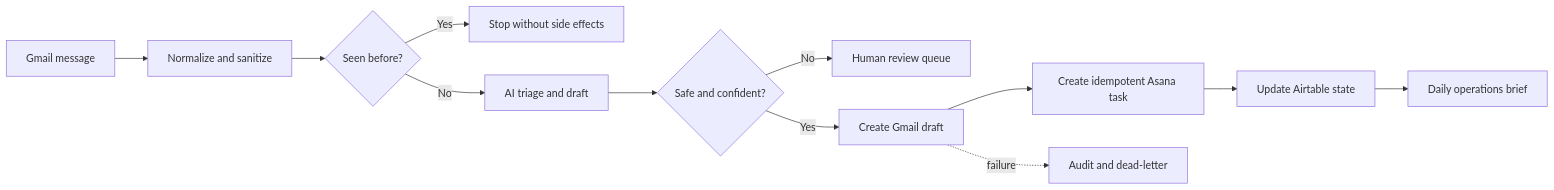
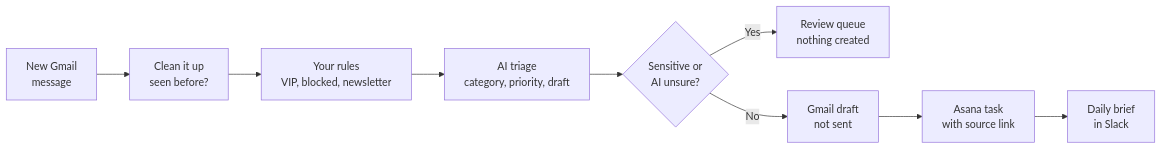
Before and after one commit to aahil62/n8n-inbox: the diagram in README.md, drawn with Mermaid. The commit also changed other lines of this file and 11 other files, not shown here.

````diff
--- a/README.md
+++ b/README.md
@@ -23,14 +24,11 @@
 ```mermaid
 flowchart LR
-    A["Gmail message"] --> B["Normalize and sanitize"]
-    B --> C{"Seen before?"}
-    C -->|Yes| D["Stop without side effects"]
-    C -->|No| E["AI triage and draft"]
-    E --> F{"Safe and confident?"}
-    F -->|No| G["Human review queue"]
-    F -->|Yes| H["Create Gmail draft"]
-    H --> I["Create idempotent Asana task"]
-    I --> J["Update Airtable state"]
-    J --> K["Daily operations brief"]
-    H -. failure .-> L["Audit and dead-letter"]
+    A["New Gmail<br/>message"] --> B["Clean it up<br/>seen before?"]
+    B --> C["Your rules<br/>VIP, blocked, newsletter"]
+    C --> D["AI triage<br/>category, priority, draft"]
+    D --> E{"Sensitive or<br/>AI unsure?"}
+    E -->|Yes| R["Review queue<br/>nothing created"]
+    E -->|No| F["Gmail draft<br/>not sent"]
+    F --> G["Asana task<br/>with source link"]
+    G --> H["Daily brief<br/>in Slack"]
 ```
````
